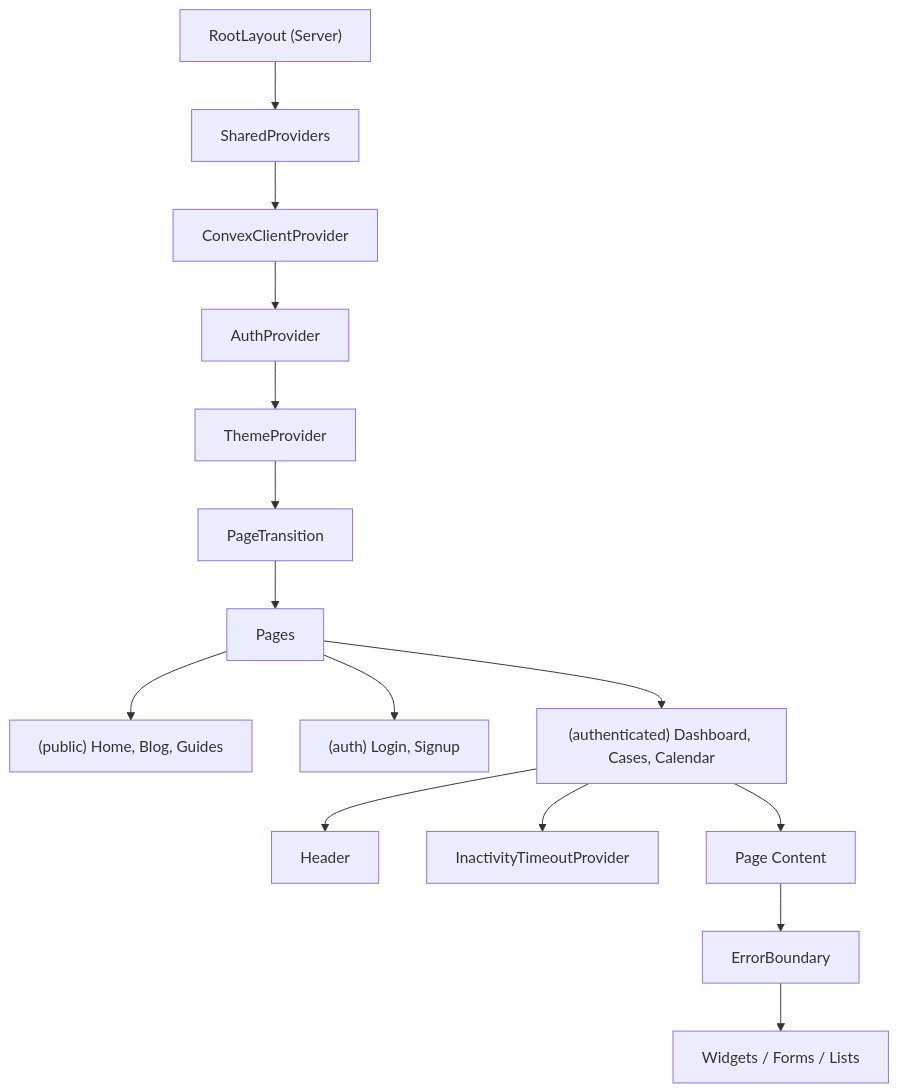
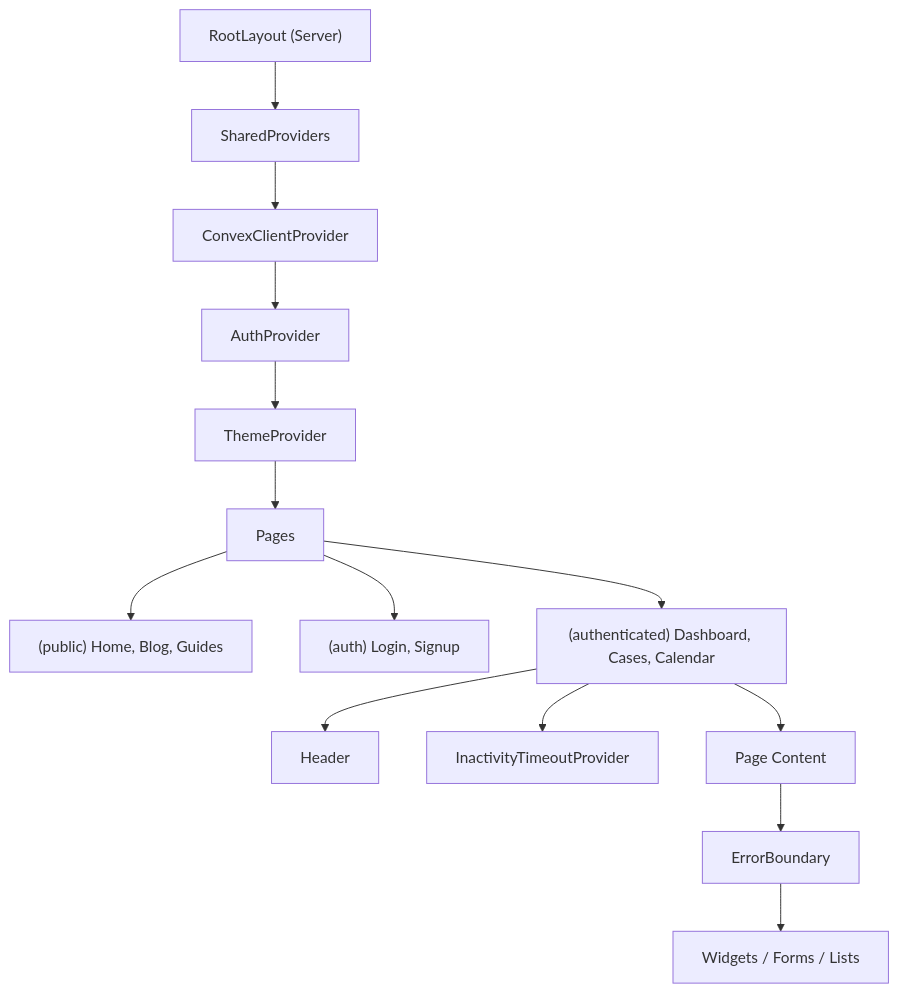
Before and after one commit to adamjali/perm: the diagram in .planning/codebase/CONVENTIONS.md, drawn with Mermaid. The commit also changed other lines of this file and 5 other files, not shown here.

````diff
--- a/.planning/codebase/CONVENTIONS.md
+++ b/.planning/codebase/CONVENTIONS.md
@@ -551,26 +568,24 @@
 ```mermaid
 graph TD
     RootLayout["RootLayout (Server)"]
     SharedProviders["SharedProviders"]
     ConvexProvider["ConvexClientProvider"]
     AuthProvider["AuthProvider"]
     ThemeProvider["ThemeProvider"]
-    PageTransition["PageTransition"]
 
     RootLayout --> SharedProviders
     SharedProviders --> ConvexProvider
     ConvexProvider --> AuthProvider
     AuthProvider --> ThemeProvider
-    ThemeProvider --> PageTransition
-    PageTransition --> Pages
+    ThemeProvider --> Pages
 
     Pages --> PublicPages["(public) Home, Blog, Guides"]
     Pages --> AuthPages["(auth) Login, Signup"]
     Pages --> AuthenticatedPages["(authenticated) Dashboard, Cases, Calendar"]
 
     AuthenticatedPages --> Header["Header"]
     AuthenticatedPages --> InactivityTimeout["InactivityTimeoutProvider"]
     AuthenticatedPages --> PageContent["Page Content"]
     PageContent --> ErrorBoundary["ErrorBoundary"]
     ErrorBoundary --> Widgets["Widgets / Forms / Lists"]
 ```
````
